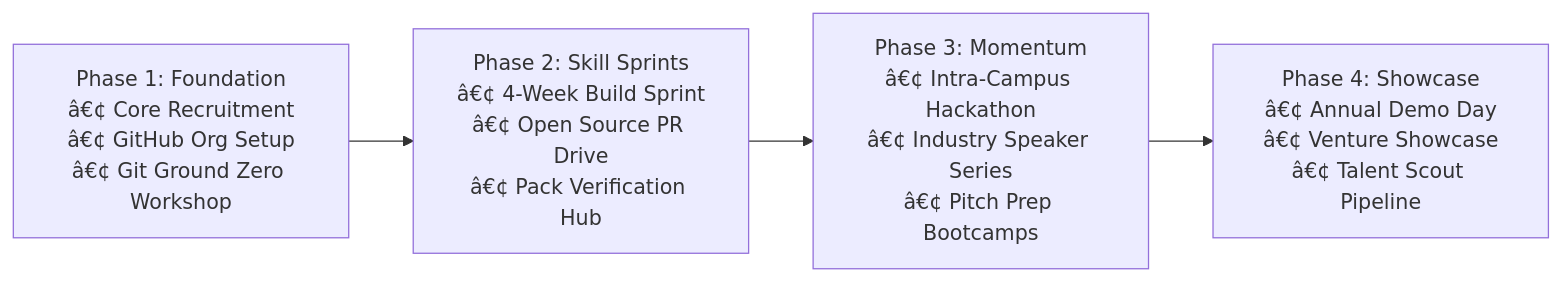
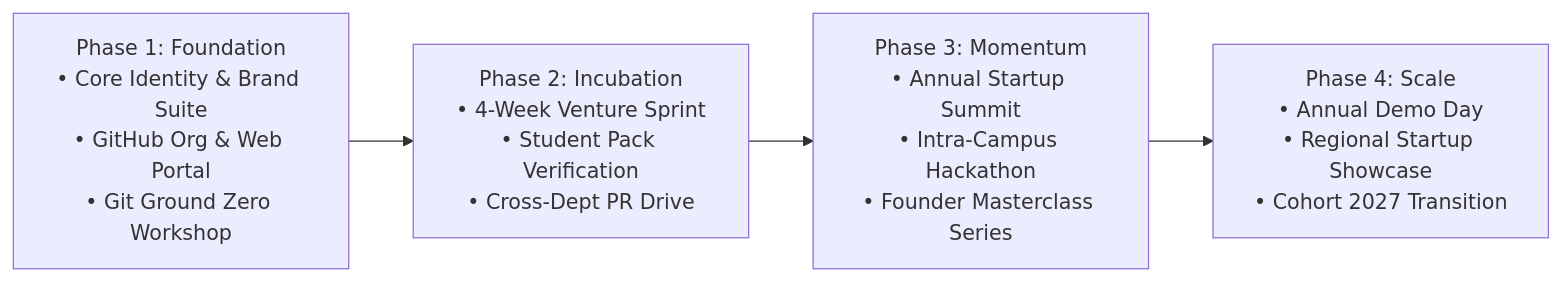
One commit to ues-sahiwal/.github changed the diagram in profile/README.md. Above: the diagram before and after it, drawn with Mermaid. The commit also changed other lines of this file and 9 other files, not shown here.

````diff
--- a/profile/README.md
+++ b/profile/README.md
@@ -90,6 +112,6 @@
 ```mermaid
 flowchart LR
-    P1["Phase 1: Foundation\nâ€¢ Core Recruitment\nâ€¢ GitHub Org Setup\nâ€¢ Git Ground Zero Workshop"] --> P2["Phase 2: Skill Sprints\nâ€¢ 4-Week Build Sprint\nâ€¢ Open Source PR Drive\nâ€¢ Pack Verification Hub"]
-    P2 --> P3["Phase 3: Momentum\nâ€¢ Intra-Campus Hackathon\nâ€¢ Industry Speaker Series\nâ€¢ Pitch Prep Bootcamps"]
-    P3 --> P4["Phase 4: Showcase\nâ€¢ Annual Demo Day\nâ€¢ Venture Showcase\nâ€¢ Talent Scout Pipeline"]
+    P1["Phase 1: Foundation\n• Core Identity & Brand Suite\n• GitHub Org & Web Portal\n• Git Ground Zero Workshop"] --> P2["Phase 2: Incubation\n• 4-Week Venture Sprint\n• Student Pack Verification\n• Cross-Dept PR Drive"]
+    P2 --> P3["Phase 3: Momentum\n• Annual Startup Summit\n• Intra-Campus Hackathon\n• Founder Masterclass Series"]
+    P3 --> P4["Phase 4: Scale\n• Annual Demo Day\n• Regional Startup Showcase\n• Cohort 2027 Transition"]
 ```
````
